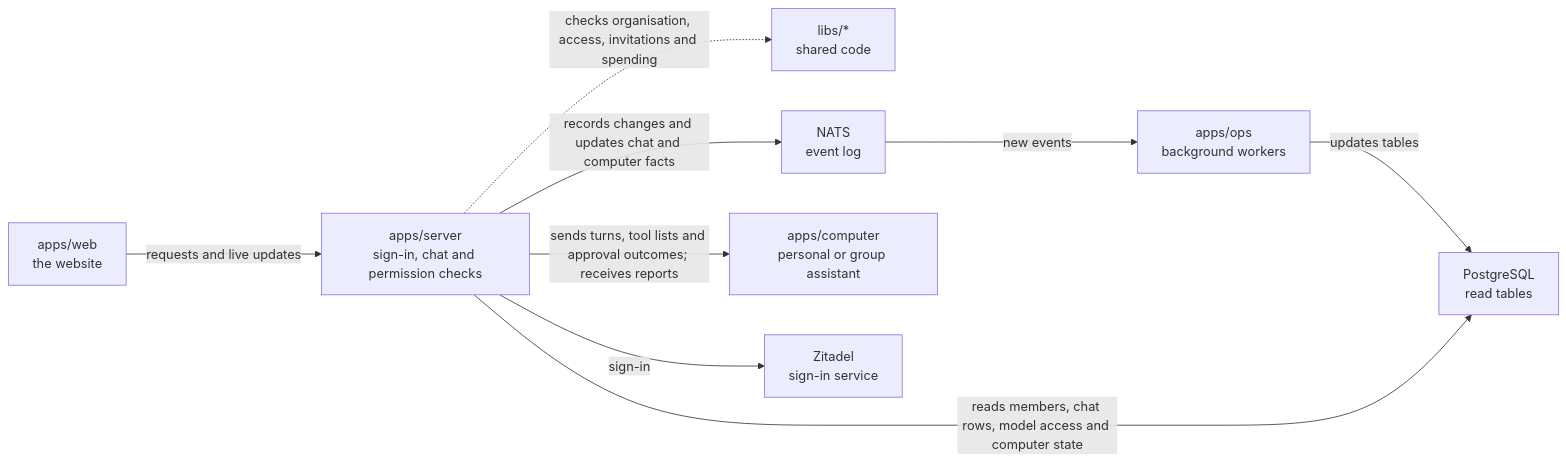
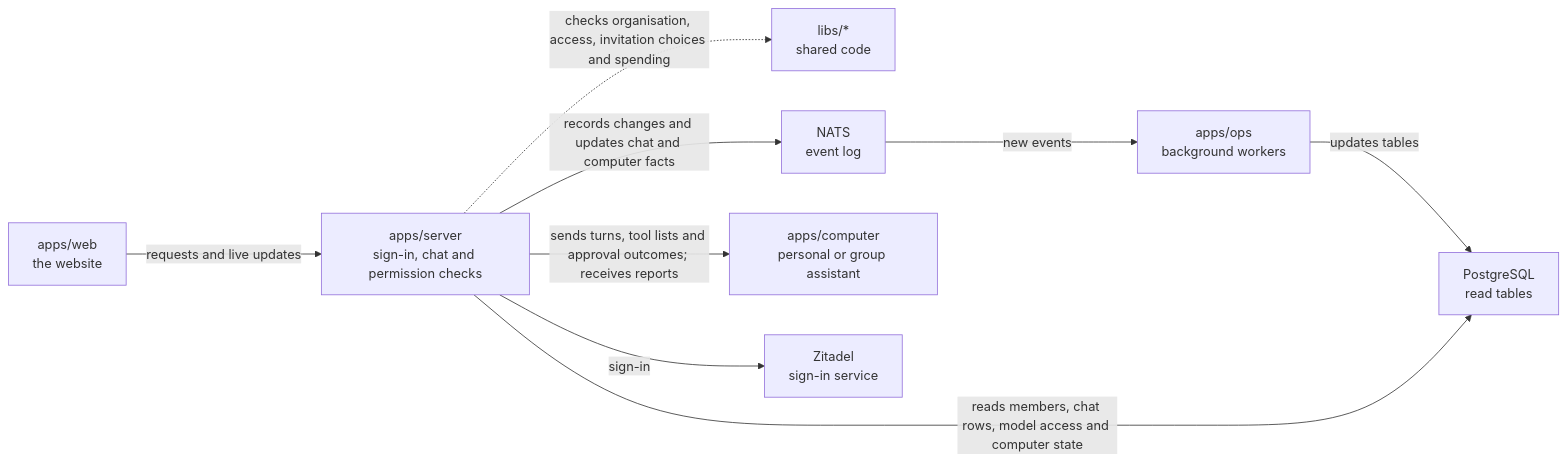
The diagram in apps/server/README.md (elewa-git/opencrane-new), drawn with Mermaid before and after one commit. The commit also changed other lines of this file and 18 other files, not shown here.

````diff
--- a/apps/server/README.md
+++ b/apps/server/README.md
@@ -11,11 +11,11 @@
 ```mermaid
 flowchart LR
   web["apps/web<br/>the website"] -->|requests and live updates| server["apps/server<br/>sign-in, chat and permission checks"]
-  server -.->|checks organisation, access, invitations and spending| libs["libs/*<br/>shared code"]
+  server -.->|checks organisation, access, invitation choices and spending| libs["libs/*<br/>shared code"]
   server -->|records changes and updates chat and computer facts| nats["NATS<br/>event log"]
   nats -->|new events| ops["apps/ops<br/>background workers"]
   ops -->|updates tables| postgres["PostgreSQL<br/>read tables"]
   server -->|reads members, chat rows, model access and computer state| postgres
   server -->|sends turns, tool lists and approval outcomes; receives reports| computer["apps/computer<br/>personal or group assistant"]
   server -->|sign-in| zitadel["Zitadel<br/>sign-in service"]
 ```
````
